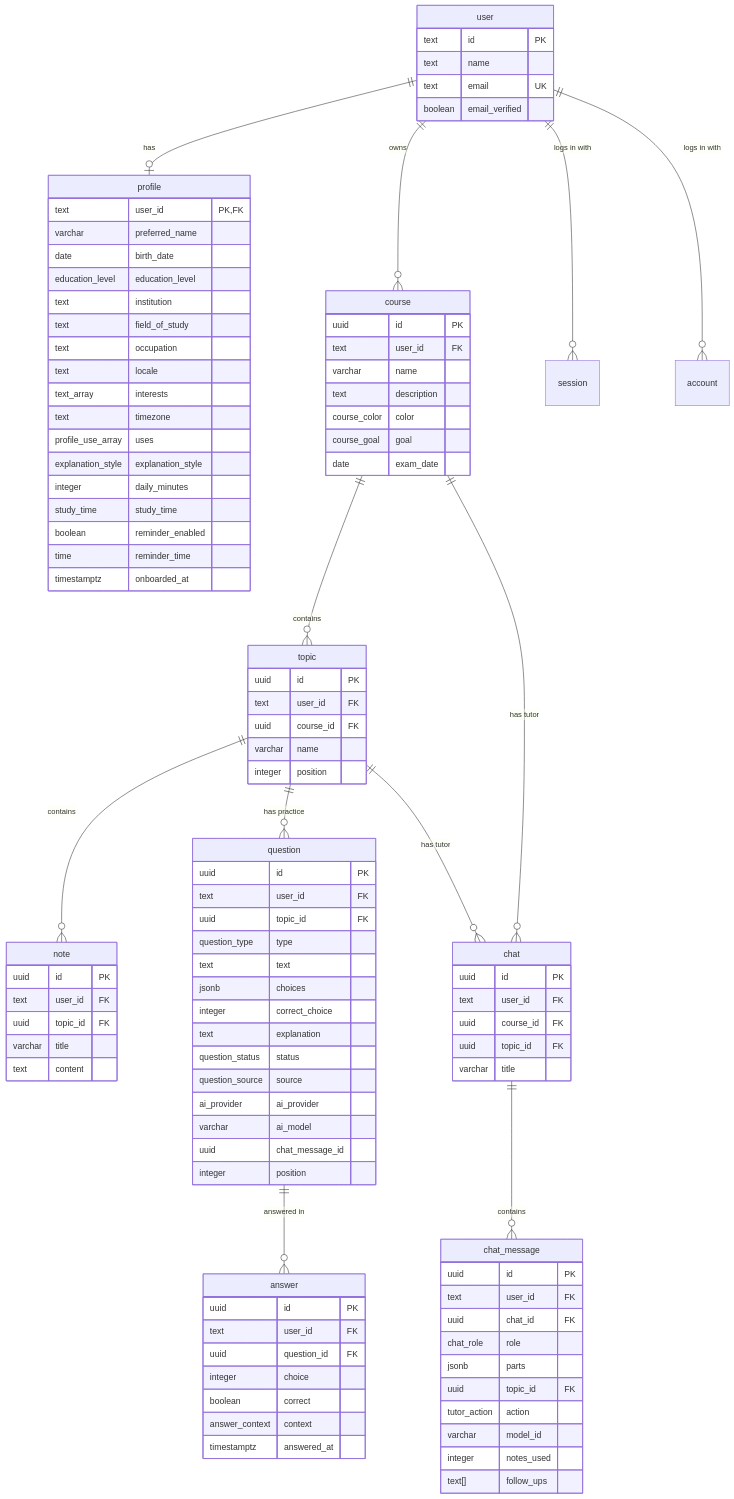
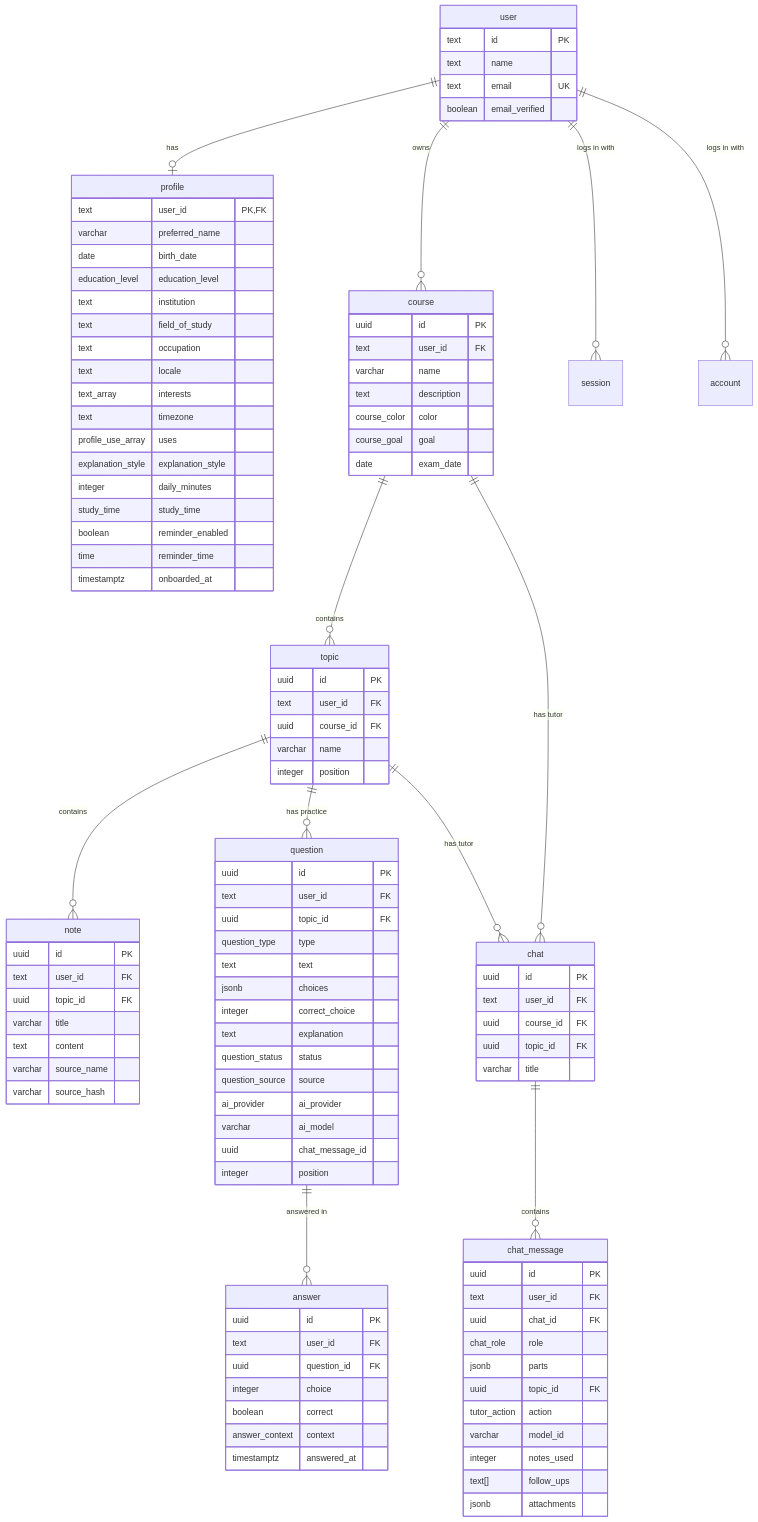
Before and after one commit to fyernald/orbi: the diagram in docs/database.md, drawn with Mermaid. The commit also changed other lines of this file and 46 other files, not shown here.

```diff
--- a/docs/database.md
+++ b/docs/database.md
@@ -65,6 +65,8 @@
         uuid topic_id FK
         varchar title
         text content
+        varchar source_name
+        varchar source_hash
     }
     chat {
         uuid id PK
@@ -84,6 +86,7 @@
         varchar model_id
         integer notes_used
         text[] follow_ups
+        jsonb attachments
     }
     question {
         uuid id PK
```
